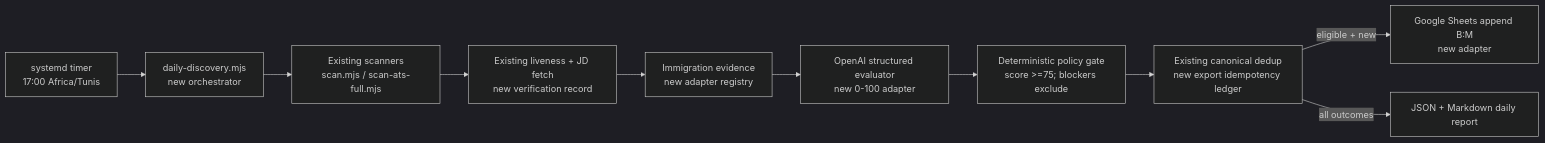
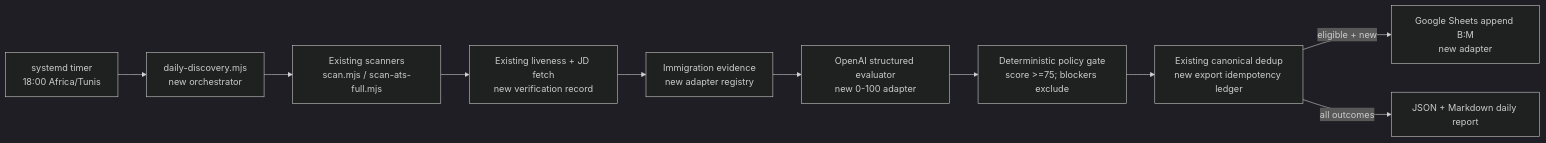
One commit to KhaledSaiidi/career-ops changed the diagram in plan.md. Above: the diagram before and after it, drawn with Mermaid (dark theme). The commit also changed other lines of this file and 6 other files, not shown here.

Commit message:
feat(evaluation): implement European job evaluation logic and caching mechanism fix(schedule): update daily job discovery time to 18:00 Africa/Tunis

````diff
--- a/plan.md
+++ b/plan.md
@@ -72,12 +72,12 @@
 ```mermaid
 flowchart LR
-  T[systemd timer\n17:00 Africa/Tunis] --> R[daily-discovery.mjs\nnew orchestrator]
+  T[systemd timer\n18:00 Africa/Tunis] --> R[daily-discovery.mjs\nnew orchestrator]
   R --> S[Existing scanners\nscan.mjs / scan-ats-full.mjs]
   S --> V[Existing liveness + JD fetch\nnew verification record]
   V --> I[Immigration evidence\nnew adapter registry]
   I --> E[OpenAI structured evaluator\nnew 0-100 adapter]
   E --> G[Deterministic policy gate\nscore >=75; blockers exclude]
   G --> D[Existing canonical dedup\nnew export idempotency ledger]
   D -->|eligible + new| SH[Google Sheets append B:M\nnew adapter]
   D -->|all outcomes| REP[JSON + Markdown daily report]
 ```
````
